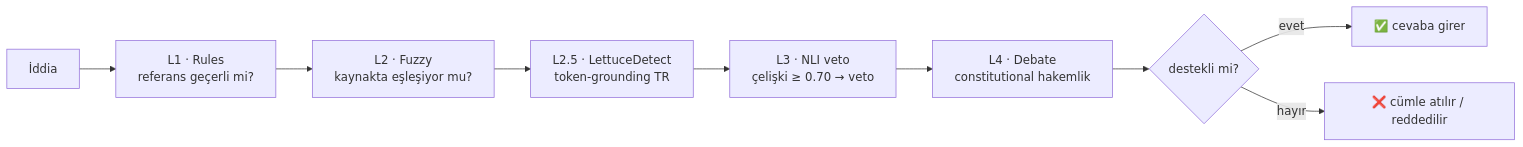
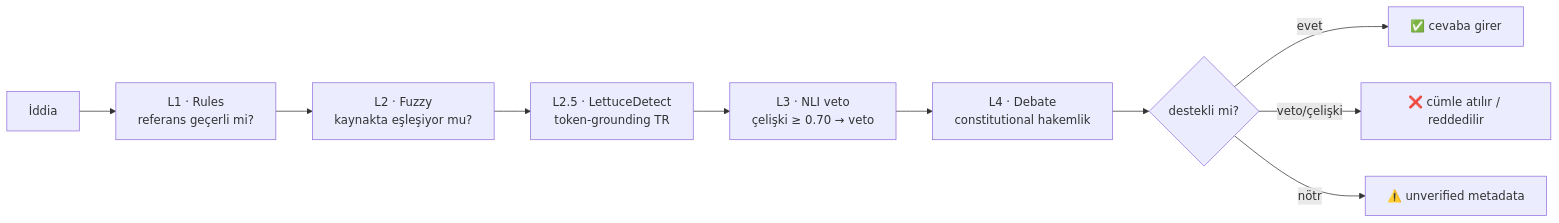
One commit to cozalss/adalet-agent changed the third of 3 diagrams in README.md. Above: the diagram before and after it, drawn with Mermaid. The commit also changed other lines of this file and 15 other files, not shown here.

````diff
--- a/README.md
+++ b/README.md
@@ -158,11 +163,12 @@
 ```mermaid
 flowchart LR
     C[İddia] --> L1[L1 · Rules<br/>referans geçerli mi?]
     L1 --> L2[L2 · Fuzzy<br/>kaynakta eşleşiyor mu?]
     L2 --> L25[L2.5 · LettuceDetect<br/>token-grounding TR]
     L25 --> L3[L3 · NLI veto<br/>çelişki ≥ 0.70 → veto]
     L3 --> L4[L4 · Debate<br/>constitutional hakemlik]
     L4 --> V{destekli mi?}
     V -->|evet| K[✅ cevaba girer]
-    V -->|hayır| X[❌ cümle atılır / reddedilir]
+    V -->|veto/çelişki| X[❌ cümle atılır / reddedilir]
+    V -->|nötr| M[⚠️ unverified metadata]
 ```
````
